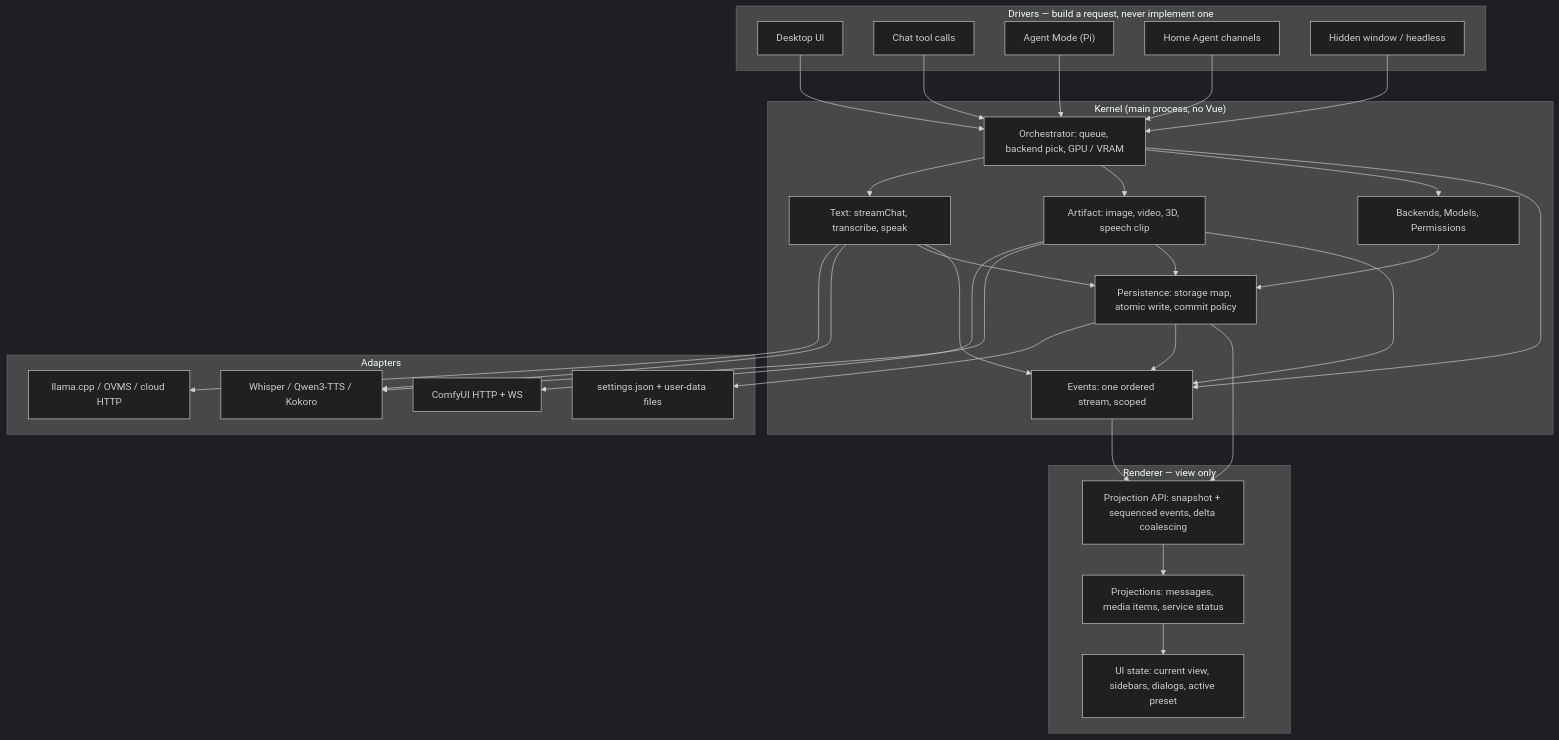
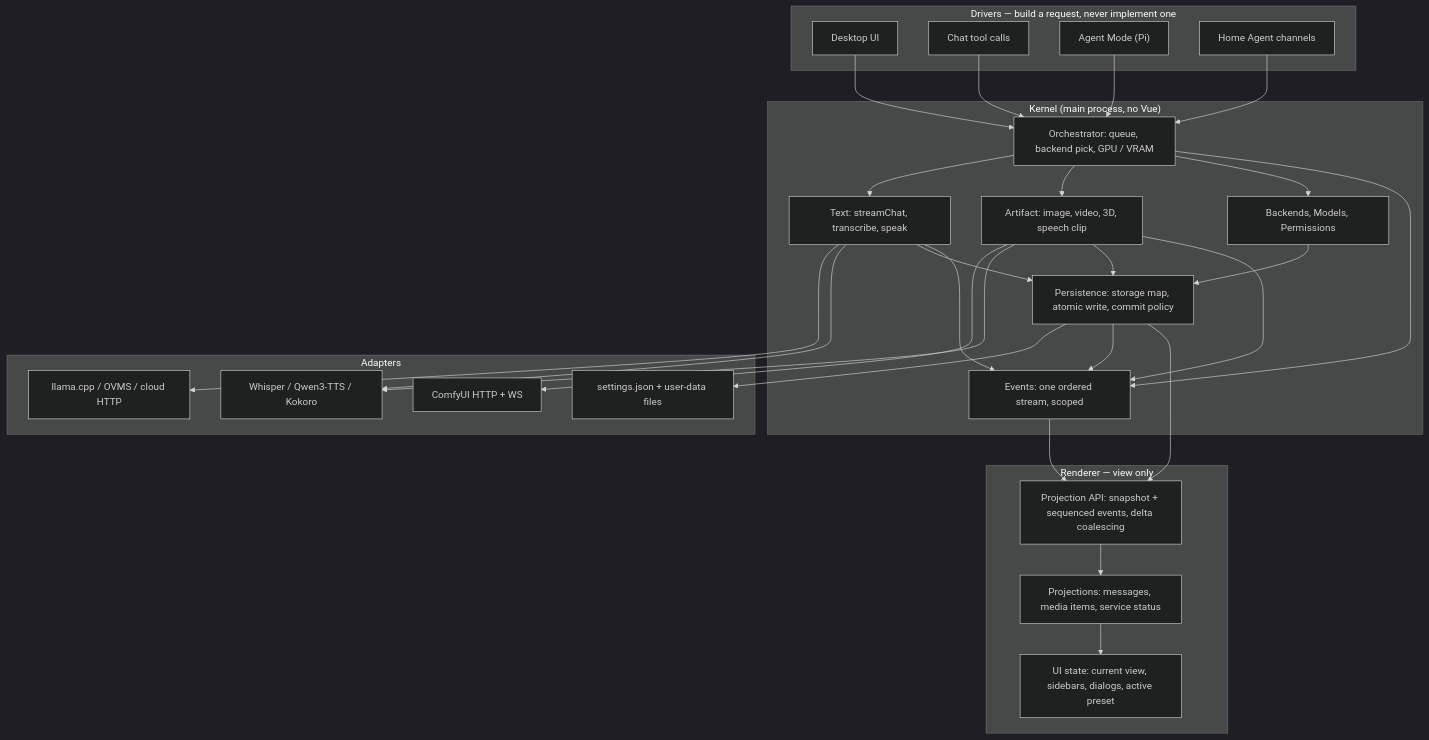
Before and after one commit to TNG/AI-Playground: the second of 7 diagrams in docs/architecture-target.md, drawn with Mermaid (dark theme). The commit also changed other lines of this file and 1 other file, not shown here.

````diff
--- a/docs/architecture-target.md
+++ b/docs/architecture-target.md
@@ -161,61 +161,59 @@
 ```mermaid
 flowchart TD
   subgraph drivers["Drivers — build a request, never implement one"]
     ui["Desktop UI"]
     chatTools["Chat tool calls"]
     agent["Agent Mode (Pi)"]
     ha["Home Agent channels"]
-    hidden["Hidden window / headless"]
   end
 
   subgraph kernel["Kernel (main process, no Vue)"]
     orch["Orchestrator: queue, backend pick, GPU / VRAM"]
     text["Text: streamChat, transcribe, speak"]
     artifact["Artifact: image, video, 3D, speech clip"]
     support["Backends, Models, Permissions"]
     persist["Persistence: storage map, atomic write, commit policy"]
     bus["Events: one ordered stream, scoped"]
   end
 
   subgraph adapters["Adapters"]
     inference["llama.cpp / OVMS / cloud HTTP"]
     comfy["ComfyUI HTTP + WS"]
     speech["Whisper / Qwen3-TTS / Kokoro"]
     store["settings.json + user-data files"]
   end
 
   subgraph view["Renderer — view only"]
     bridge["Projection API: snapshot + sequenced events, delta coalescing"]
     projection["Projections: messages, media items, service status"]
     uiState2["UI state: current view, sidebars, dialogs, active preset"]
   end
 
   ui --> orch
   chatTools --> orch
   agent --> orch
   ha --> orch
-  hidden --> orch
 
   orch --> text
   orch --> artifact
   orch --> support
 
   text --> inference
   text --> speech
   artifact --> comfy
   artifact --> speech
 
   text --> persist
   artifact --> persist
   support --> persist
   persist --> store
 
   orch --> bus
   text --> bus
   artifact --> bus
   persist --> bus
   bus --> bridge
   persist --> bridge
   bridge --> projection
   projection --> uiState2
 ```
````
